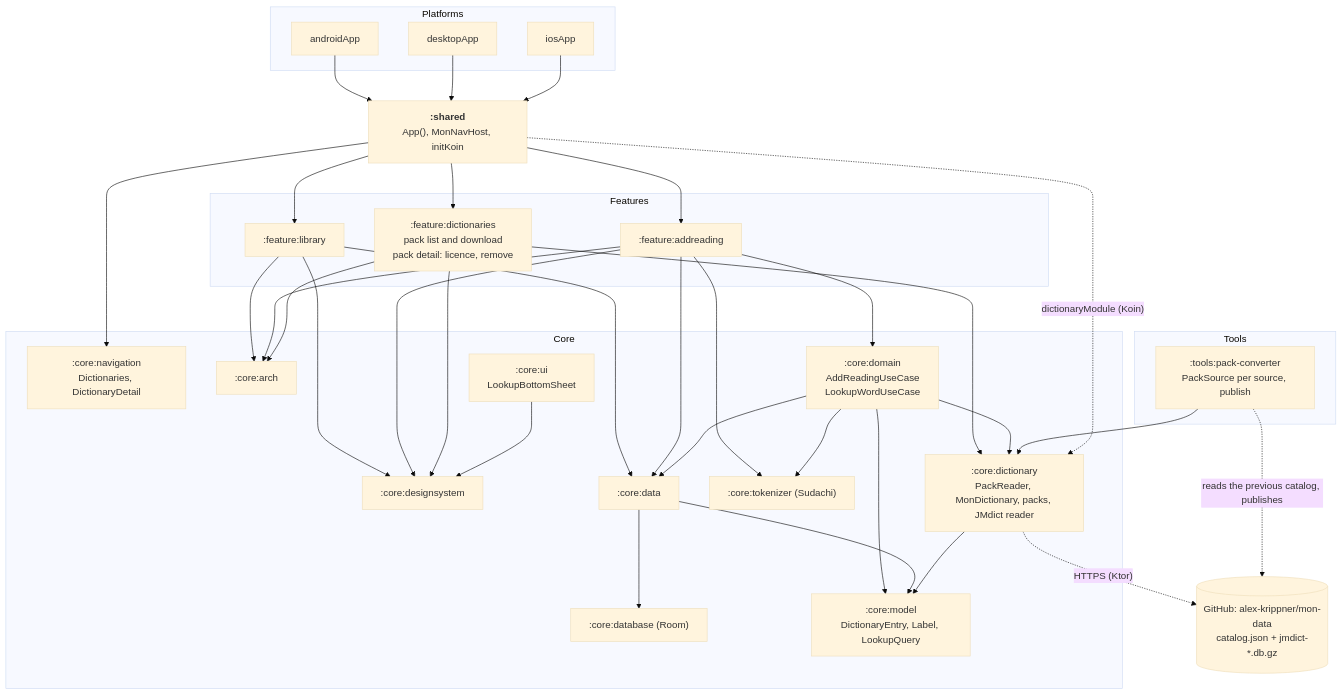
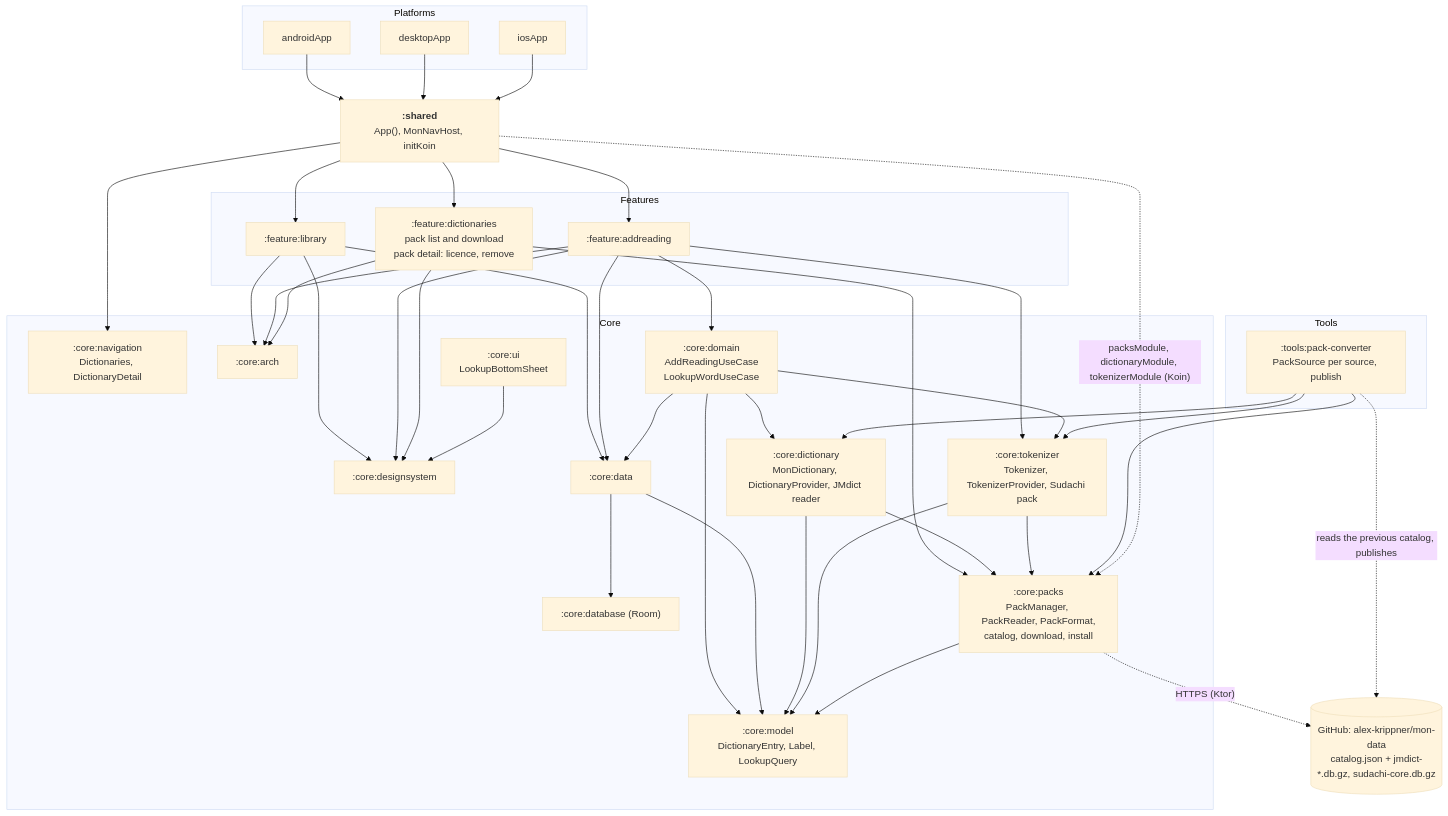
One commit to alex-krippner/mon changed the first of 2 diagrams in docs/dictionary-architecture.md. Above: the diagram before and after it, drawn with Mermaid (base theme). The commit also changed other lines of this file and 3 other files, not shown here.

First line of the commit message:
Document the architecture and trim AGENTS.md

````diff
--- a/docs/dictionary-architecture.md
+++ b/docs/dictionary-architecture.md
@@ -26,52 +30,55 @@
 ```mermaid
 flowchart TB
   subgraph Platforms
     androidApp
     desktopApp
     iosApp
   end
 
   shared["<b>:shared</b><br/>App(), MonNavHost, initKoin"]
 
   subgraph Features
     library[":feature:library"]
     addreading[":feature:addreading"]
     dictionaries[":feature:dictionaries<br/>pack list and download<br/>pack detail: licence, remove"]
   end
 
   subgraph Core
     nav[":core:navigation<br/>Dictionaries, DictionaryDetail"]
     arch[":core:arch"]
     ui[":core:ui<br/>LookupBottomSheet"]
     ds[":core:designsystem"]
     domain[":core:domain<br/>AddReadingUseCase<br/>LookupWordUseCase"]
     data[":core:data"]
     db[":core:database (Room)"]
-    tok[":core:tokenizer (Sudachi)"]
-    dict[":core:dictionary<br/>PackReader, MonDictionary, packs, JMdict reader"]
+    tok[":core:tokenizer<br/>Tokenizer, TokenizerProvider, Sudachi pack"]
+    dict[":core:dictionary<br/>MonDictionary, DictionaryProvider, JMdict reader"]
+    packs[":core:packs<br/>PackManager, PackReader, PackFormat,<br/>catalog, download, install"]
     model[":core:model<br/>DictionaryEntry, Label, LookupQuery"]
   end
 
   subgraph Tools
     conv[":tools:pack-converter<br/>PackSource per source, publish"]
   end
 
-  mondata[("GitHub: alex-krippner/mon-data<br/>catalog.json + jmdict-*.db.gz")]
+  mondata[("GitHub: alex-krippner/mon-data<br/>catalog.json + jmdict-*.db.gz, sudachi-core.db.gz")]
 
   androidApp --> shared
   desktopApp --> shared
   iosApp --> shared
   shared --> library & addreading & dictionaries & nav
   library --> data
   addreading --> domain & data & tok
-  dictionaries --> dict
+  dictionaries --> packs
   library & addreading & dictionaries --> ds & arch
   ui --> ds
   domain --> data & tok & dict & model
   data --> db & model
-  dict --> model
-  conv --> dict
+  dict --> packs & model
+  tok --> packs & model
+  packs --> model
+  conv --> dict & tok & packs
   conv -. "reads the previous catalog, publishes" .-> mondata
-  dict -. "HTTPS (Ktor)" .-> mondata
-  shared -. "dictionaryModule (Koin)" .-> dict
+  packs -. "HTTPS (Ktor)" .-> mondata
+  shared -. "packsModule, dictionaryModule, tokenizerModule (Koin)" .-> packs
 ```
````
